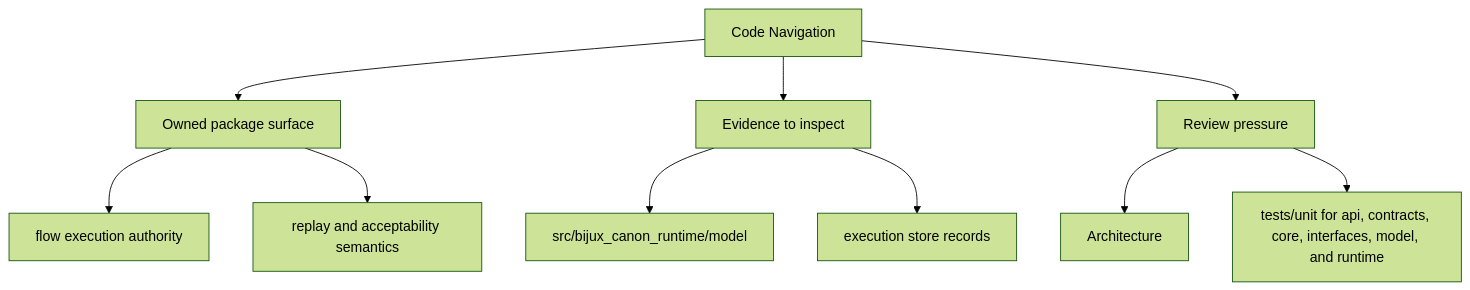
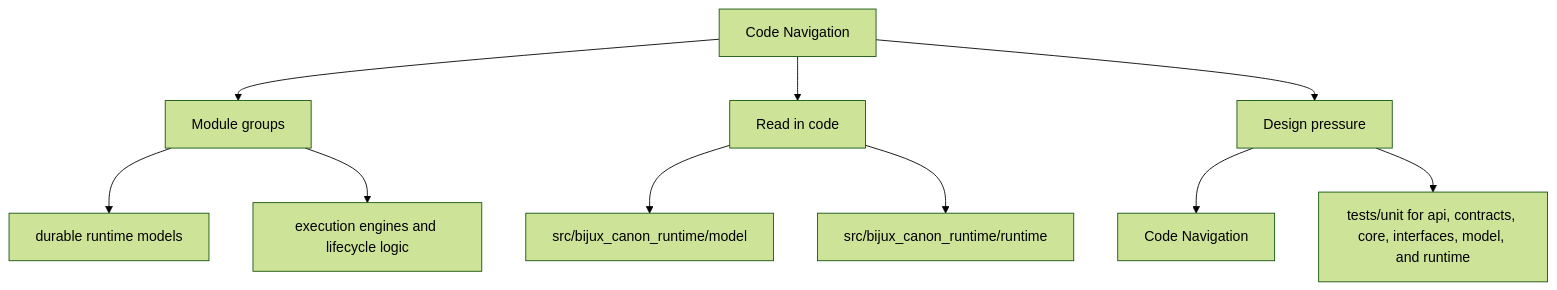
The second of 2 diagrams in docs/bijux-canon-runtime/architecture/code-navigation.md (bijux/bijux-canon), drawn with Mermaid (forest theme) before and after one commit. The commit also changed other lines of this file and 250 other files, not shown here.

Commit message:
docs(diagrams): make product page maps more readable

````diff
--- a/docs/bijux-canon-runtime/architecture/code-navigation.md
+++ b/docs/bijux-canon-runtime/architecture/code-navigation.md
@@ -33,22 +33,22 @@
 ```mermaid
 flowchart TD
     page["Code Navigation"]
-    focus1["Owned package surface"]
+    focus1["Module groups"]
     page --> focus1
-    focus1_1["flow execution authority"]
+    focus1_1["durable runtime models"]
     focus1 --> focus1_1
-    focus1_2["replay and acceptability semantics"]
+    focus1_2["execution engines and lifecycle logic"]
     focus1 --> focus1_2
-    focus2["Evidence to inspect"]
+    focus2["Read in code"]
     page --> focus2
     focus2_1["src/bijux_canon_runtime/model"]
     focus2 --> focus2_1
-    focus2_2["execution store records"]
+    focus2_2["src/bijux_canon_runtime/runtime"]
     focus2 --> focus2_2
-    focus3["Review pressure"]
+    focus3["Design pressure"]
     page --> focus3
-    focus3_1["Architecture"]
+    focus3_1["Code Navigation"]
     focus3 --> focus3_1
     focus3_2["tests/unit for api, contracts, core, interfaces, model, and runtime"]
     focus3 --> focus3_2
 ```
````
